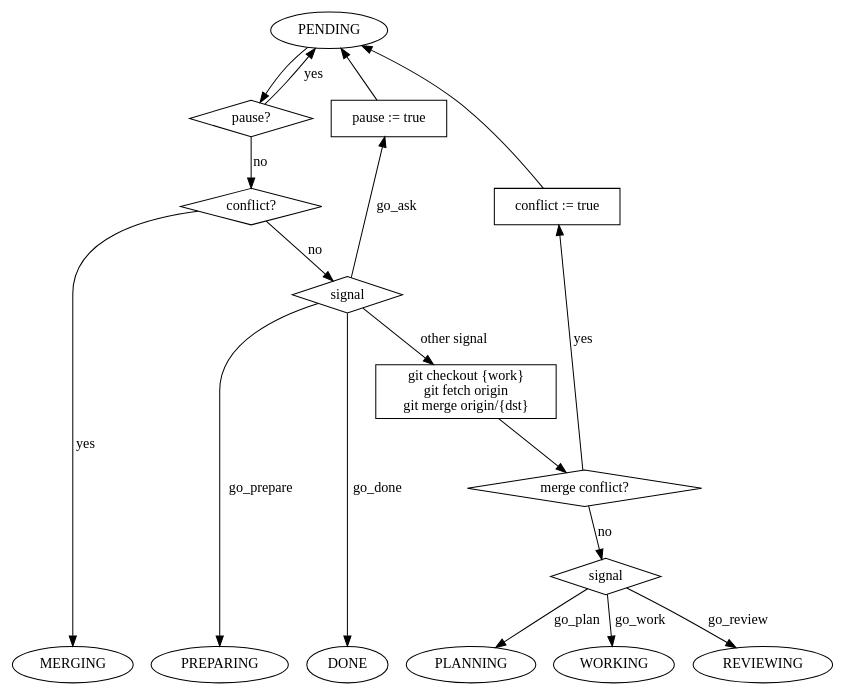
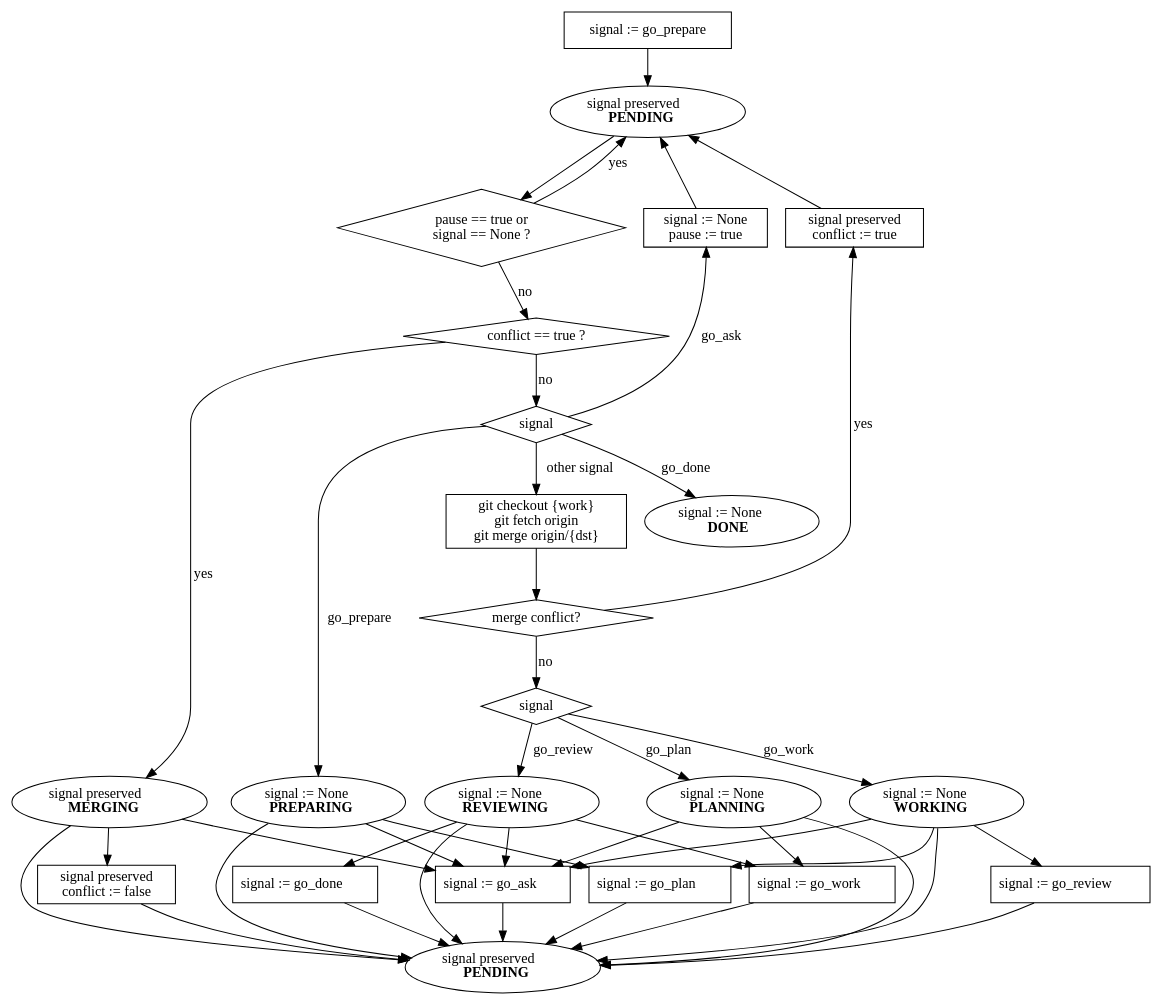
Before and after one commit to milyin/zbobr: the diagram in docs/transitions.dot, drawn with Graphviz.

Commit message:
transitions improved

```diff
--- a/docs/transitions.dot
+++ b/docs/transitions.dot
@@ -1,49 +1,96 @@
 // Graphviz .dot description of task state transitions for dispatcher
 // States: PENDING, PREPARING, PLANNING, WORKING, REVIEWING, MERGING, DONE
 // Transitions controlled by signal and flags
 
 digraph dispatcher_states {
     rankdir=UD;
-    { rank=min; PENDING; }
-    { rank=max; PREPARING; PLANNING; WORKING; REVIEWING; MERGING; DONE; } 
-    { rank=same; CHECK_CONFLICT_FLAG; SET_CONFLICT_FLAG; }
-    { rank=same; CHECK_PAUSE_FLAG; SET_PAUSE_FLAG; }
+
+    { rank=min; GO_PREPARE; }
+    { rank=same; PENDING; }
+    { rank=same; CHECK_PAUSE; SET_PAUSE_FLAG; SET_CONFLICT_FLAG }
+    { rank=same; PREPARING; PLANNING; WORKING; REVIEWING; MERGING } 
+    { rank=same; GO_ASK; GO_PLAN; GO_WORK; GO_REVIEW; GO_DONE; CLEAR_CONFLICT_FLAG } 
+    { rank=max; PENDING2; }
+
     splines=true;
     node [shape=ellipse];
+    node [group=git]; PULL; CHECK_MERGE_CONFLICT;
 
-    CHECK_PAUSE_FLAG [shape=diamond, label="pause?"];
-    CHECK_CONFLICT_FLAG [shape=diamond, label="conflict?"];
+    GO_PREPARE [shape=box, label="signal := go_prepare"];
+   
+    CHECK_PAUSE [shape=diamond, label="pause == true or\nsignal == None ?"];
+    CHECK_CONFLICT_FLAG [shape=diamond, label="conflict == true ?"];
     CHECK_SIGNALS_SIMPLE [shape=diamond, label="signal"];
     PULL [shape=box, label="git checkout {work}\ngit fetch origin\ngit merge origin/{dst}"];
     CHECK_MERGE_CONFLICT [shape=diamond, label="merge conflict?"];
     CHECK_SIGNALS_REPO [shape=diamond, label="signal"];
-    SET_PAUSE_FLAG [shape=box, label="pause := true"];
-    SET_CONFLICT_FLAG [shape=box, label="conflict := true"];
+    SET_PAUSE_FLAG [shape=box, label="signal := None\npause := true"];
+    SET_CONFLICT_FLAG [shape=box, label="signal preserved\nconflict := true"];
+    CLEAR_CONFLICT_FLAG [shape=box, label="signal preserved\nconflict := false"];
+
+    PENDING [ label = <signal preserved<br/><b>PENDING</b>>];
+    PENDING2 [ label = <signal preserved<br/><b>PENDING</b>>];
+    PREPARING [ label = <signal := None<br/><b>PREPARING</b>>];
+    PLANNING [ label = <signal := None<br/><b>PLANNING</b>>];
+    WORKING [ label = <signal := None<br/><b>WORKING</b>>];
+    REVIEWING [ label = <signal := None<br/><b>REVIEWING</b>>];
+    MERGING [ label = <signal preserved<br/><b>MERGING</b>>];
+    DONE [ label = <signal := None<br/><b>DONE</b>>];
+
+    GO_PREPARE [ shape = box; label = <signal := go_prepare> ];
+    GO_PLAN[ shape = box; label = <signal := go_plan> ];
+    GO_WORK[ shape = box; label = <signal := go_work> ];
+    GO_REVIEW[ shape = box; label = <signal := go_review> ];
+    GO_ASK [ shape = box; label = <signal := go_ask> ];
+    GO_DONE [ shape = box; label = <signal := go_done> ];
 
     // dispatcher evaluation flow
-    PENDING -> CHECK_PAUSE_FLAG;
-    CHECK_PAUSE_FLAG -> PENDING [label="yes"];
-    CHECK_PAUSE_FLAG -> CHECK_CONFLICT_FLAG [label="no"];
+    GO_PREPARE -> PENDING;
+    PENDING -> CHECK_PAUSE;
+    CHECK_PAUSE -> PENDING [label="yes"];
+    CHECK_PAUSE -> CHECK_CONFLICT_FLAG [label="no"];
     CHECK_CONFLICT_FLAG -> MERGING [label="yes"];
     CHECK_CONFLICT_FLAG -> CHECK_SIGNALS_SIMPLE [label="no"];
     CHECK_SIGNALS_SIMPLE -> PREPARING [label="go_prepare"];
     CHECK_SIGNALS_SIMPLE -> DONE [label="go_done"];
     CHECK_SIGNALS_SIMPLE -> SET_PAUSE_FLAG [label="go_ask"];
     CHECK_SIGNALS_SIMPLE -> PULL [label="other signal"];
     PULL -> CHECK_MERGE_CONFLICT;
     CHECK_MERGE_CONFLICT -> SET_CONFLICT_FLAG [label="yes"];
     SET_CONFLICT_FLAG -> PENDING;
     SET_PAUSE_FLAG -> PENDING;
     CHECK_MERGE_CONFLICT -> CHECK_SIGNALS_REPO [label="no"];
     CHECK_SIGNALS_REPO -> PLANNING  [label="go_plan"];
+    CHECK_SIGNALS_REPO -> REVIEWING  [label="go_review"];
     CHECK_SIGNALS_REPO -> WORKING   [label="go_work"];
-    CHECK_SIGNALS_REPO -> REVIEWING [label="go_review"];
 
-    PENDING;
-    PREPARING;
-    PLANNING;
-    WORKING;
-    REVIEWING;
-    MERGING;
-    DONE;
+    // Session possible outcomes
+    PREPARING -> GO_PLAN
+    PREPARING -> GO_ASK
+    PREPARING -> PENDING2
+
+    PLANNING -> GO_WORK
+    PLANNING -> GO_ASK
+    PLANNING -> PENDING2
+
+    WORKING -> GO_REVIEW
+    WORKING -> GO_PLAN
+    WORKING -> GO_ASK
+    WORKING -> PENDING2
+
+    REVIEWING -> GO_WORK
+    REVIEWING -> GO_ASK
+    REVIEWING -> GO_DONE
+    REVIEWING -> PENDING2
+
+    MERGING -> CLEAR_CONFLICT_FLAG
+    MERGING -> GO_ASK
+    MERGING -> PENDING2
+
+    GO_PLAN -> PENDING2;
+    GO_ASK -> PENDING2;
+    GO_WORK -> PENDING2;
+    GO_REVIEW -> PENDING2;
+    GO_DONE -> PENDING2;
+    CLEAR_CONFLICT_FLAG -> PENDING2;
 }
```
